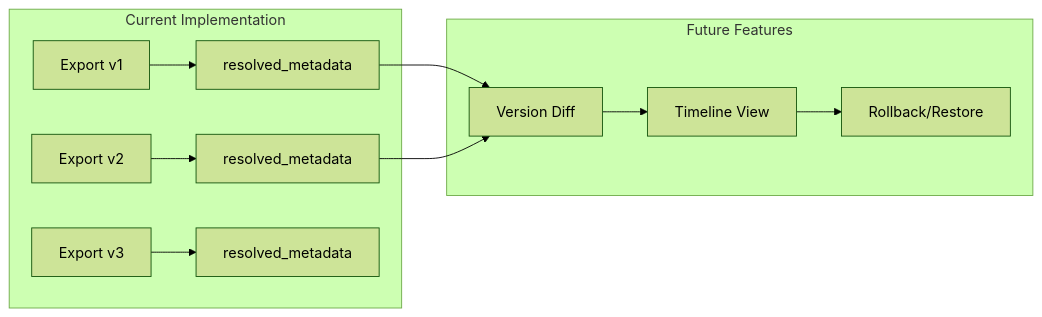
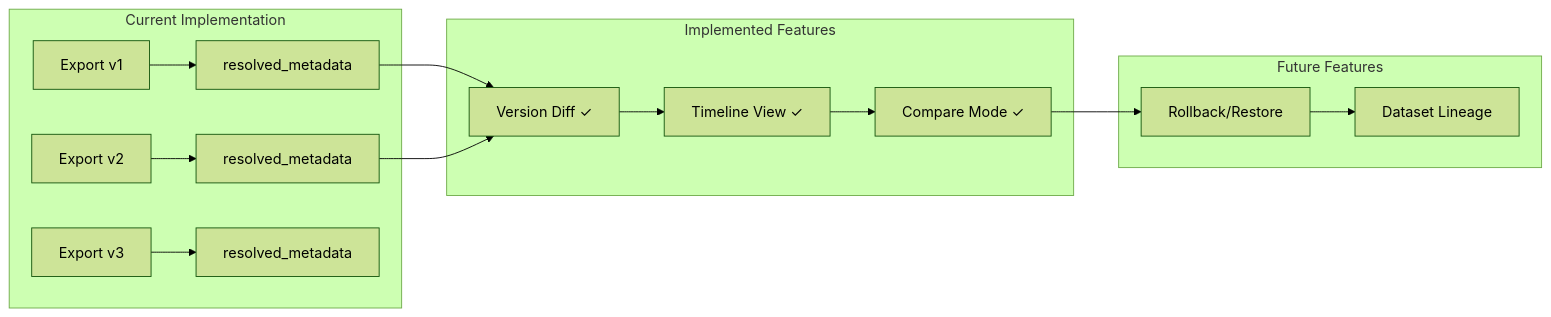
The fifth of 5 diagrams in docs/export-workflow.md (agfianf/annotate-anu), drawn with Mermaid (forest theme) before and after one commit. The commit also changed other lines of this file and 10 other files, not shown here.

````diff
--- a/docs/export-workflow.md
+++ b/docs/export-workflow.md
@@ -602,19 +627,26 @@
 ```mermaid
 flowchart LR
     subgraph Current["Current Implementation"]
         A[Export v1] --> B[resolved_metadata]
         C[Export v2] --> D[resolved_metadata]
         E[Export v3] --> F[resolved_metadata]
     end
 
+    subgraph Implemented["Implemented Features"]
+        G[Version Diff ✓]
+        H[Timeline View ✓]
+        I[Compare Mode ✓]
+    end
+
     subgraph Future["Future Features"]
-        G[Version Diff]
-        H[Timeline View]
-        I[Rollback/Restore]
+        J[Rollback/Restore]
+        K[Dataset Lineage]
     end
 
     B --> G
     D --> G
     G --> H
     H --> I
+    I --> J
+    J --> K
 ```
````
